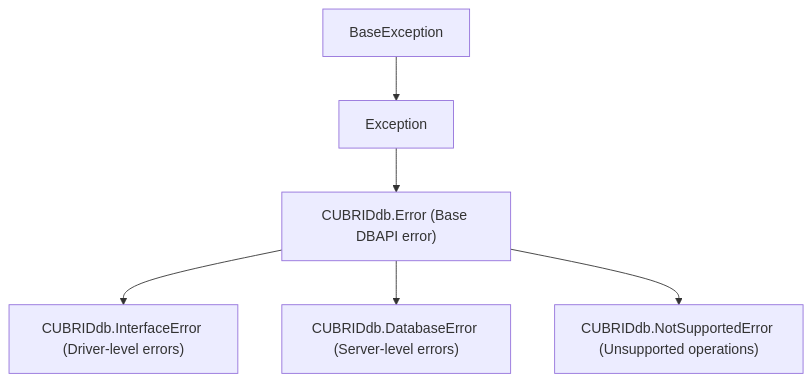
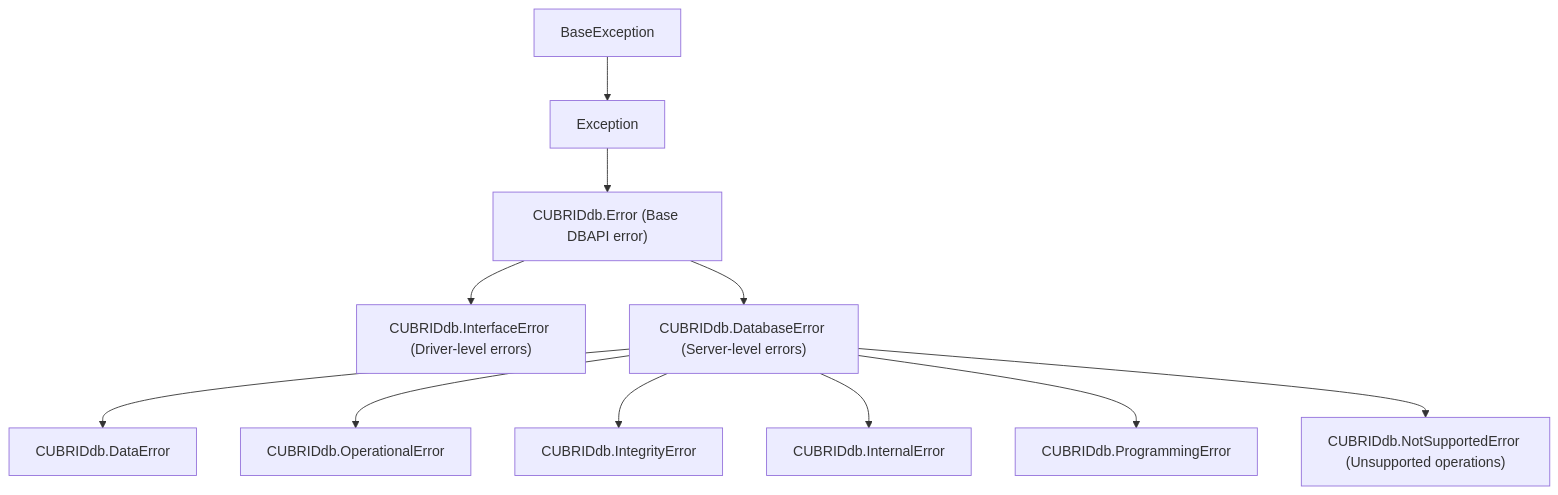
The diagram in docs/DRIVER_COMPAT.md (HarshRajSinghania/sqlalchemy-cubrid), drawn with Mermaid before and after one commit. The commit also changed other lines of this file and 10 other files, not shown here.

First line of the commit message:
test: verify constraint violations raise IntegrityError on every driver (#512)

````diff
--- a/docs/DRIVER_COMPAT.md
+++ b/docs/DRIVER_COMPAT.md
@@ -73,8 +74,13 @@
 ```mermaid
 graph TD
     base["BaseException"] --> exc["Exception"]
     exc --> err["CUBRIDdb.Error (Base DBAPI error)"]
     err --> iface["CUBRIDdb.InterfaceError (Driver-level errors)"]
     err --> db["CUBRIDdb.DatabaseError (Server-level errors)"]
-    err --> ns["CUBRIDdb.NotSupportedError (Unsupported operations)"]
+    db --> data["CUBRIDdb.DataError"]
+    db --> op["CUBRIDdb.OperationalError"]
+    db --> integ["CUBRIDdb.IntegrityError"]
+    db --> internal["CUBRIDdb.InternalError"]
+    db --> prog["CUBRIDdb.ProgrammingError"]
+    db --> ns["CUBRIDdb.NotSupportedError (Unsupported operations)"]
 ```
````
